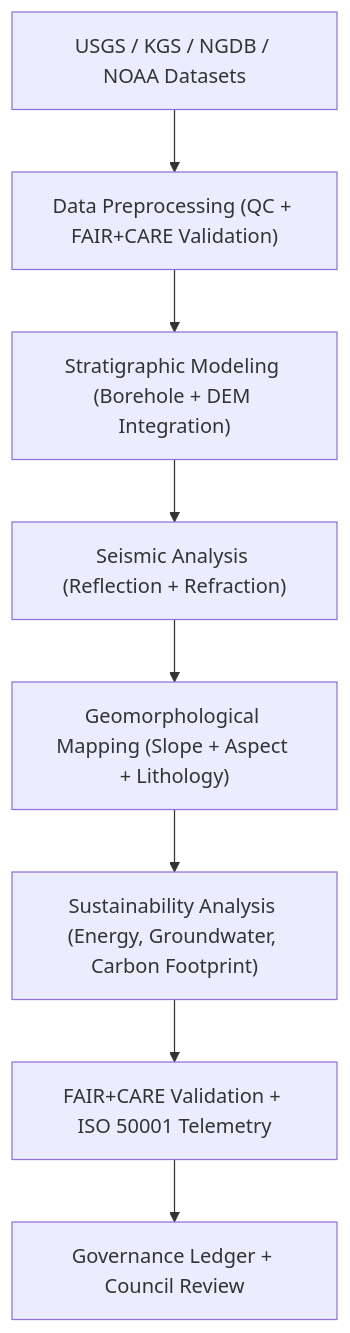
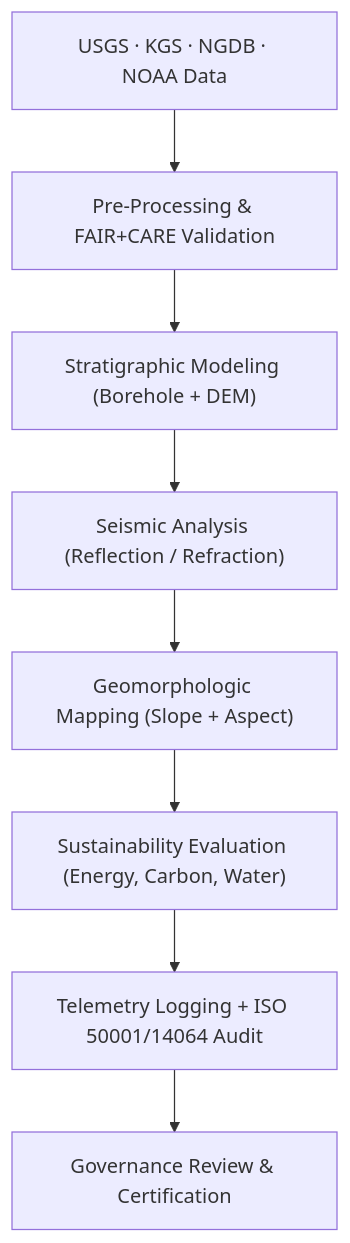
One commit to bartytime4life/Kansas-Frontier-Matrix changed the diagram in docs/analyses/geology/README.md. Above: the diagram before and after it, drawn with Mermaid. The commit also changed other lines of this file, not shown here.

````diff
--- a/docs/analyses/geology/README.md
+++ b/docs/analyses/geology/README.md
@@ -77,10 +91,10 @@
 ```mermaid
 flowchart TD
-  A["USGS / KGS / NGDB / NOAA Datasets"] --> B["Data Preprocessing (QC + FAIR+CARE Validation)"]
-  B --> C["Stratigraphic Modeling (Borehole + DEM Integration)"]
-  C --> D["Seismic Analysis (Reflection + Refraction)"]
-  D --> E["Geomorphological Mapping (Slope + Aspect + Lithology)"]
-  E --> F["Sustainability Analysis (Energy, Groundwater, Carbon Footprint)"]
-  F --> G["FAIR+CARE Validation + ISO 50001 Telemetry"]
-  G --> H["Governance Ledger + Council Review"]
+  A["USGS · KGS · NGDB · NOAA Data"] --> B["Pre-Processing & FAIR+CARE Validation"]
+  B --> C["Stratigraphic Modeling (Borehole + DEM)"]
+  C --> D["Seismic Analysis (Reflection / Refraction)"]
+  D --> E["Geomorphologic Mapping (Slope + Aspect)"]
+  E --> F["Sustainability Evaluation (Energy, Carbon, Water)"]
+  F --> G["Telemetry Logging + ISO 50001/14064 Audit"]
+  G --> H["Governance Review & Certification"]
 ```
````
